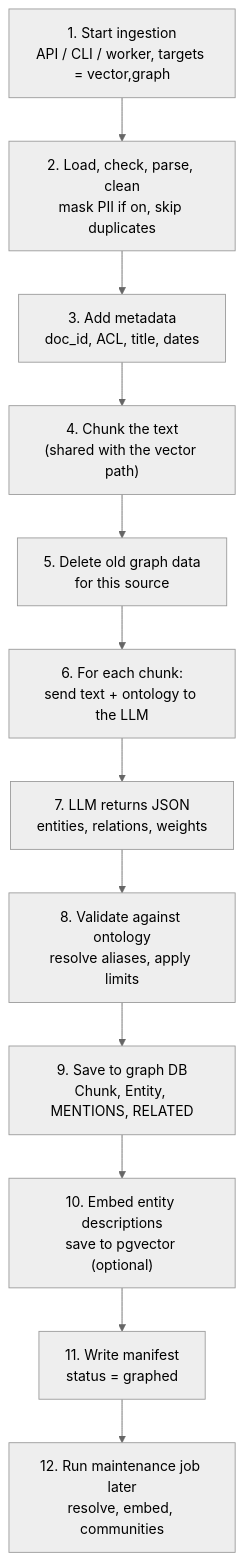
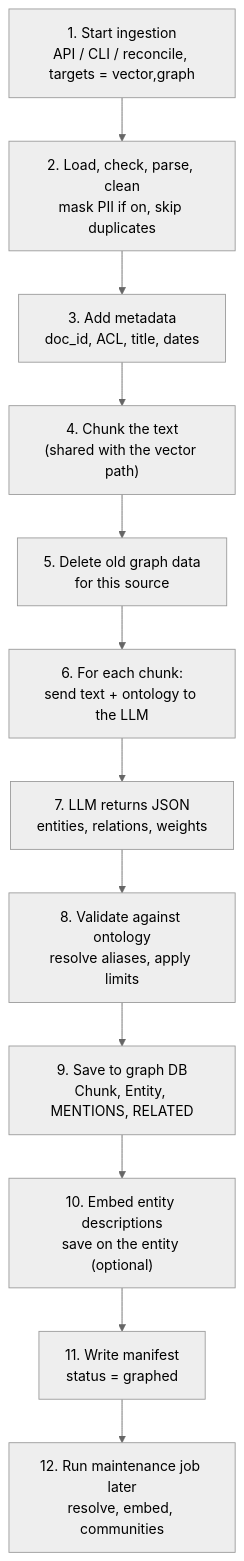
One commit to richminds/knowledge-service changed the ninth of 13 diagrams in information/graph-rag-workflow.md. Above: the diagram before and after it, drawn with Mermaid (neutral theme). The commit also changed other lines of this file and 110 other files, not shown here.

````diff
--- a/information/graph-rag-workflow.md
+++ b/information/graph-rag-workflow.md
@@ -438,14 +438,14 @@
 ```mermaid
 flowchart TD
-    S1["1. Start ingestion<br/>API / CLI / worker, targets = vector,graph"] --> S2["2. Load, check, parse, clean<br/>mask PII if on, skip duplicates"]
+    S1["1. Start ingestion<br/>API / CLI / reconcile, targets = vector,graph"] --> S2["2. Load, check, parse, clean<br/>mask PII if on, skip duplicates"]
     S2 --> S3["3. Add metadata<br/>doc_id, ACL, title, dates"]
     S3 --> S4["4. Chunk the text<br/>(shared with the vector path)"]
     S4 --> S5["5. Delete old graph data<br/>for this source"]
     S5 --> S6["6. For each chunk:<br/>send text + ontology to the LLM"]
     S6 --> S7["7. LLM returns JSON<br/>entities, relations, weights"]
     S7 --> S8["8. Validate against ontology<br/>resolve aliases, apply limits"]
     S8 --> S9["9. Save to graph DB<br/>Chunk, Entity, MENTIONS, RELATED"]
-    S9 --> S10["10. Embed entity descriptions<br/>save to pgvector (optional)"]
+    S9 --> S10["10. Embed entity descriptions<br/>save on the entity (optional)"]
     S10 --> S11["11. Write manifest<br/>status = graphed"]
     S11 --> S12["12. Run maintenance job later<br/>resolve, embed, communities"]
 ```
````
